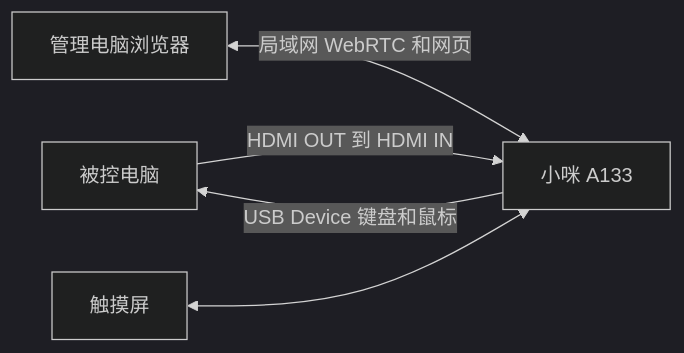
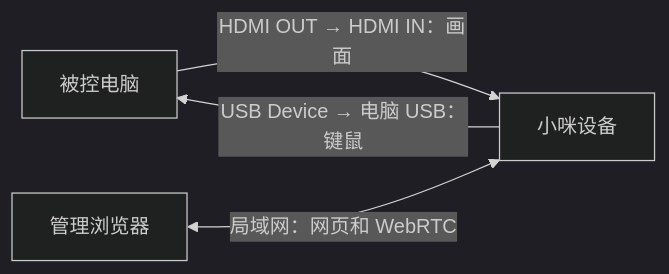
One commit to dshanpi/SmartDesktopMimi changed the diagram in docs/tutorial/hardware.md. Above: the diagram before and after it, drawn with Mermaid (dark theme). The commit also changed other lines of this file and 34 other files, not shown here.

````diff
--- a/docs/tutorial/hardware.md
+++ b/docs/tutorial/hardware.md
@@ -19,7 +31,6 @@
 ```mermaid
 flowchart LR
-  PC[被控电脑] -->|HDMI OUT 到 HDMI IN| Mimi[小咪 A133]
-  Mimi -->|USB Device 键盘和鼠标| PC
-  Browser[管理电脑浏览器] <-->|局域网 WebRTC 和网页| Mimi
-  Screen[触摸屏] <--> Mimi
+  PC[被控电脑] -->|HDMI OUT → HDMI IN：画面| Mimi[小咪设备]
+  Mimi -->|USB Device → 电脑 USB：键鼠| PC
+  Browser[管理浏览器] <-->|局域网：网页和 WebRTC| Mimi
 ```
````
